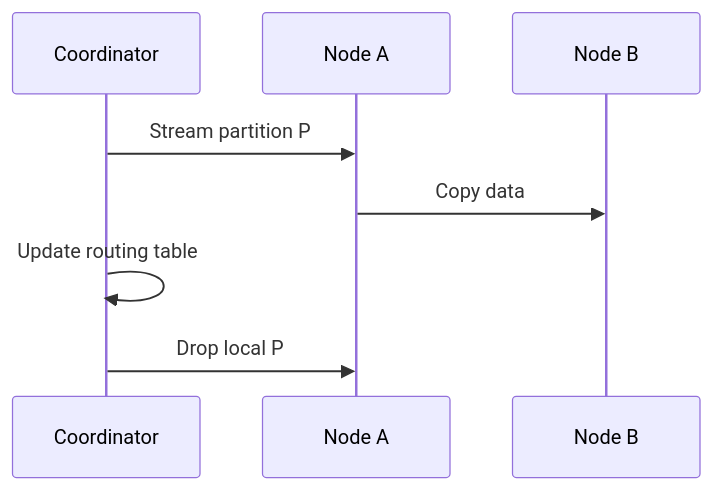
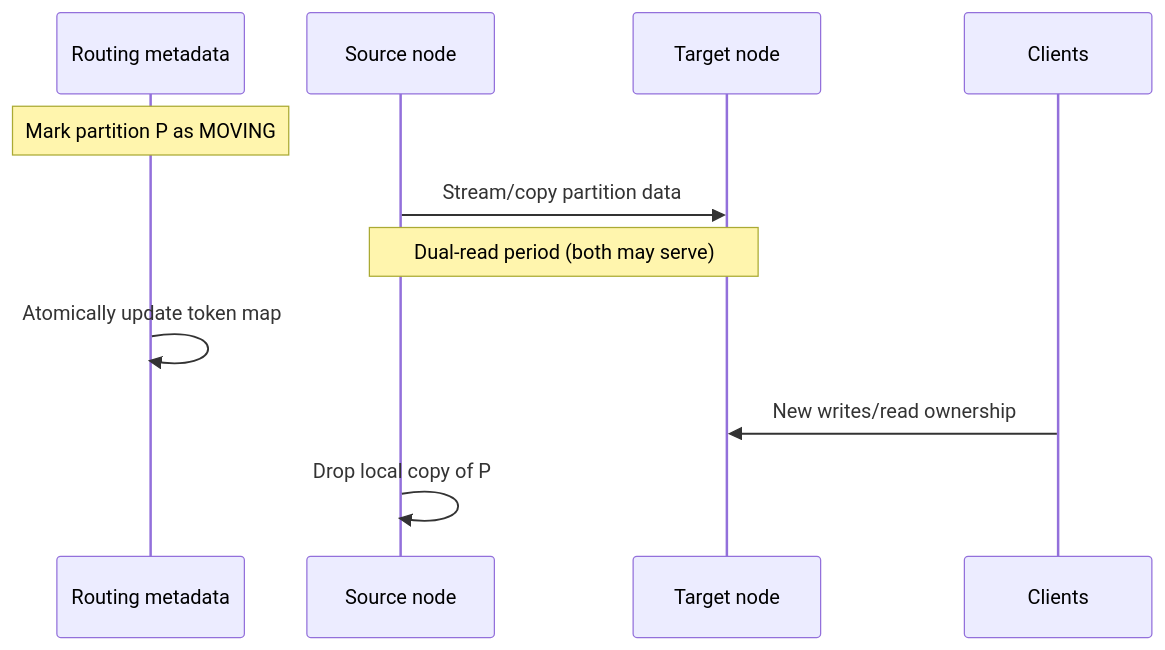
One commit to hareramcse/SystemDesign changed the ninth of 39 diagrams in 05-distributed-databases/README.md. Above: the diagram before and after it, drawn with Mermaid. The commit also changed other lines of this file and 5 other files, not shown here.

````diff
--- a/05-distributed-databases/README.md
+++ b/05-distributed-databases/README.md
@@ -626,10 +640,13 @@
 ```mermaid
 sequenceDiagram
-    participant C as Coordinator
-    participant A as Node A
-    participant B as Node B
-    C->>A: Stream partition P
-    A->>B: Copy data
-    C->>C: Update routing table
-    C->>A: Drop local P
+    participant Meta as Routing metadata
+    participant Src as Source node
+    participant Dst as Target node
+    participant Client as Clients
+    Note over Meta: Mark partition P as MOVING
+    Src->>Dst: Stream/copy partition data
+    Note over Src,Dst: Dual-read period (both may serve)
+    Meta->>Meta: Atomically update token map
+    Client->>Dst: New writes/read ownership
+    Src->>Src: Drop local copy of P
 ```
````
